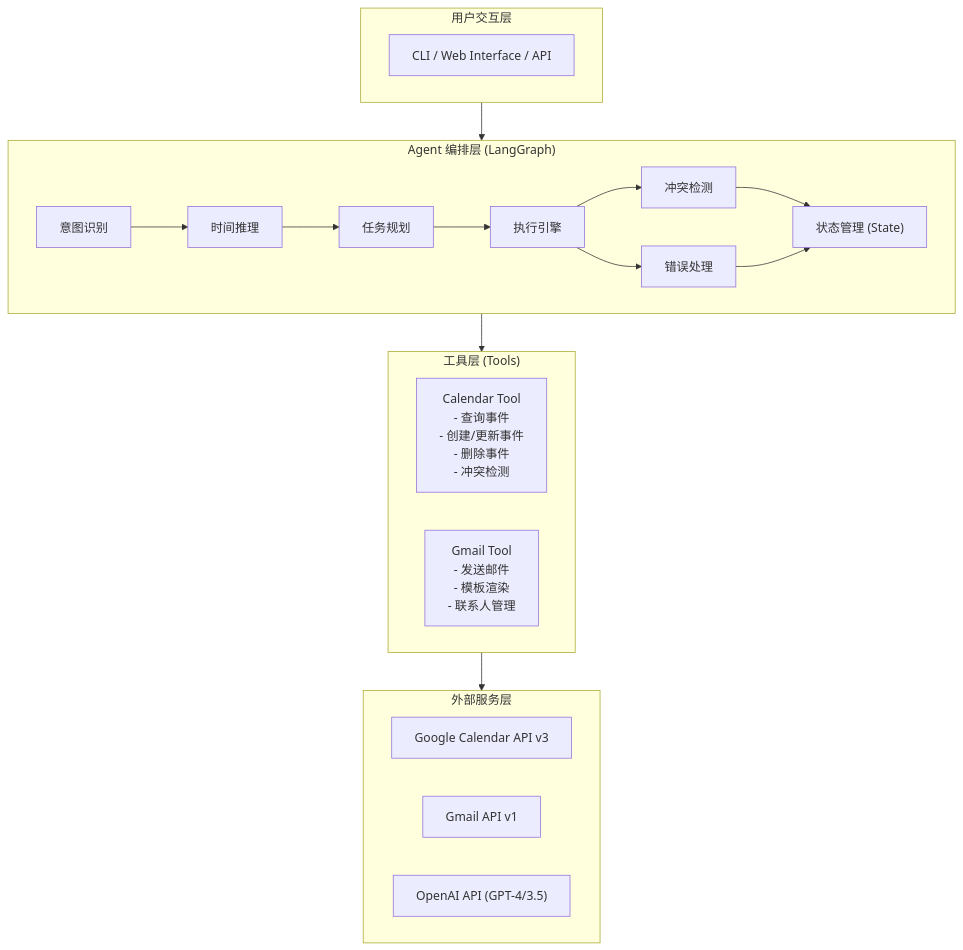
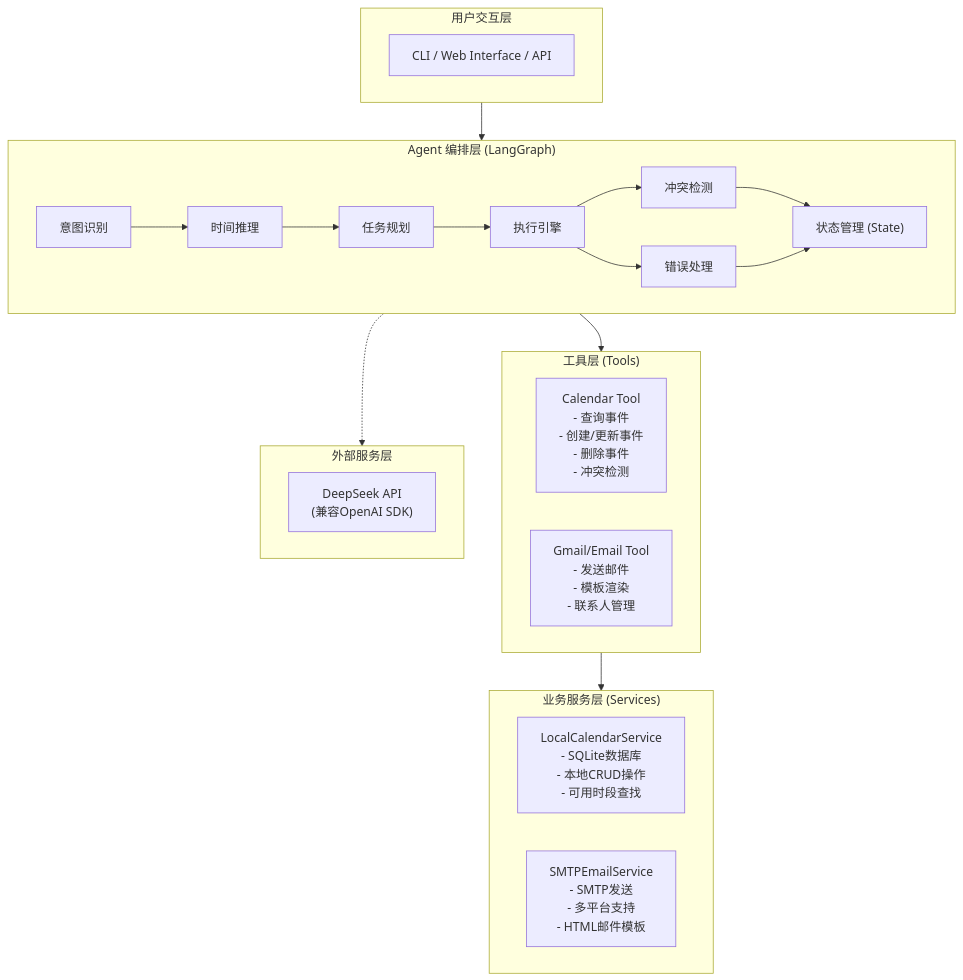
The first of 3 diagrams in 技术方案文档.md (CoderDongHuang/AIPersonalAssistant), drawn with Mermaid before and after one commit. The commit also changed other lines of this file and 17 other files, not shown here.

````diff
--- a/技术方案文档.md
+++ b/技术方案文档.md
@@ -111,29 +119,34 @@
 ```mermaid
 flowchart TB
     subgraph User["用户交互层"]
         CLI["CLI / Web Interface / API"]
     end
 
     subgraph Agent["Agent 编排层 (LangGraph)"]
         Intent["意图识别"] --> TimeReason["时间推理"] --> TaskPlan["任务规划"]
         TaskPlan --> ExecEngine["执行引擎"]
         ExecEngine --> Conflict["冲突检测"]
         ExecEngine --> ErrorHandle["错误处理"]
         Conflict --> State["状态管理 (State)"]
         ErrorHandle --> State
     end
 
     subgraph Tools["工具层 (Tools)"]
         direction LR
         CalTool["Calendar Tool<br>- 查询事件<br>- 创建/更新事件<br>- 删除事件<br>- 冲突检测"]
-        GmailTool["Gmail Tool<br>- 发送邮件<br>- 模板渲染<br>- 联系人管理"]
+        GmailTool["Gmail/Email Tool<br>- 发送邮件<br>- 模板渲染<br>- 联系人管理"]
+    end
+
+    subgraph Services["业务服务层 (Services)"]
+        direction LR
+        LocalCal["LocalCalendarService<br>- SQLite数据库<br>- 本地CRUD操作<br>- 可用时段查找"]
+        SMTPEmail["SMTPEmailService<br>- SMTP发送<br>- 多平台支持<br>- HTML邮件模板"]
     end
 
     subgraph External["外部服务层"]
-        GoogleCal["Google Calendar API v3"]
-        GmailAPI["Gmail API v1"]
-        OpenAI["OpenAI API (GPT-4/3.5)"]
+        DeepSeek["DeepSeek API<br>(兼容OpenAI SDK)"]
     end
 
-    User --> Agent --> Tools --> External
+    User --> Agent --> Tools --> Services
+    Agent -.-> External
 ```
````
